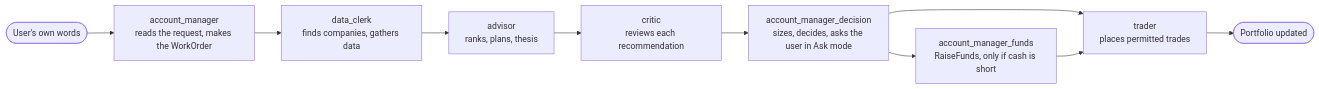
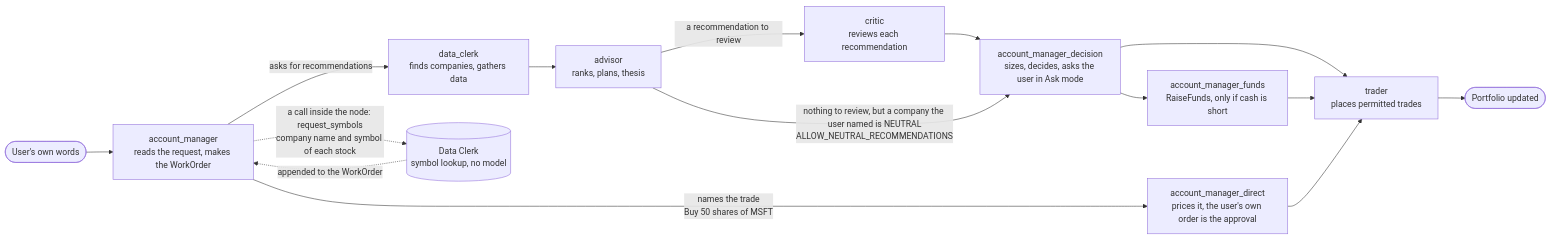
One commit to jpyrett/prometheus changed the first of 6 diagrams in design/week6_updated_design.md. Above: the diagram before and after it, drawn with Mermaid. The commit also changed other lines of this file and 163 other files, not shown here.

Commit message:
added DirectOrder and many fixes

````diff
--- a/design/week6_updated_design.md
+++ b/design/week6_updated_design.md
@@ -76,12 +84,17 @@
 ```mermaid
 flowchart LR
     U([User's own words]) --> AM[account_manager<br/>reads the request, makes the WorkOrder]
-    AM --> DC[data_clerk<br/>finds companies, gathers data]
+    AM -->|asks for recommendations| DC[data_clerk<br/>finds companies, gathers data]
     DC --> AD[advisor<br/>ranks, plans, thesis]
-    AD --> CR[critic<br/>reviews each recommendation]
+    AD -->|a recommendation to review| CR[critic<br/>reviews each recommendation]
     CR --> DE[account_manager_decision<br/>sizes, decides, asks the user in Ask mode]
+    AD -->|nothing to review, but a company the user named is NEUTRAL<br/>ALLOW_NEUTRAL_RECOMMENDATIONS| DE
+    AM -->|names the trade<br/>Buy 50 shares of MSFT| DI[account_manager_direct<br/>prices it, the user's own order is the approval]
+    AM -.->|a call inside the node: request_symbols<br/>company name and symbol of each stock| DCS[(Data Clerk<br/>symbol lookup, no model)]
+    DCS -.->|appended to the WorkOrder| AM
     DE --> FU[account_manager_funds<br/>RaiseFunds, only if cash is short]
     DE --> TR[trader<br/>places permitted trades]
     FU --> TR
+    DI --> TR
     TR --> END([Portfolio updated])
 ```
````
